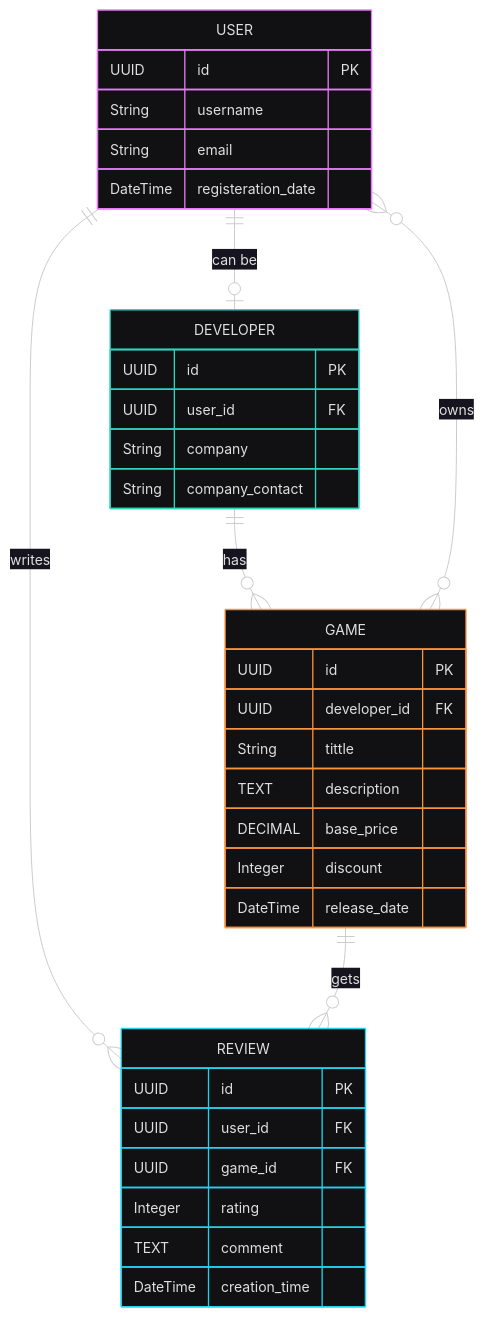
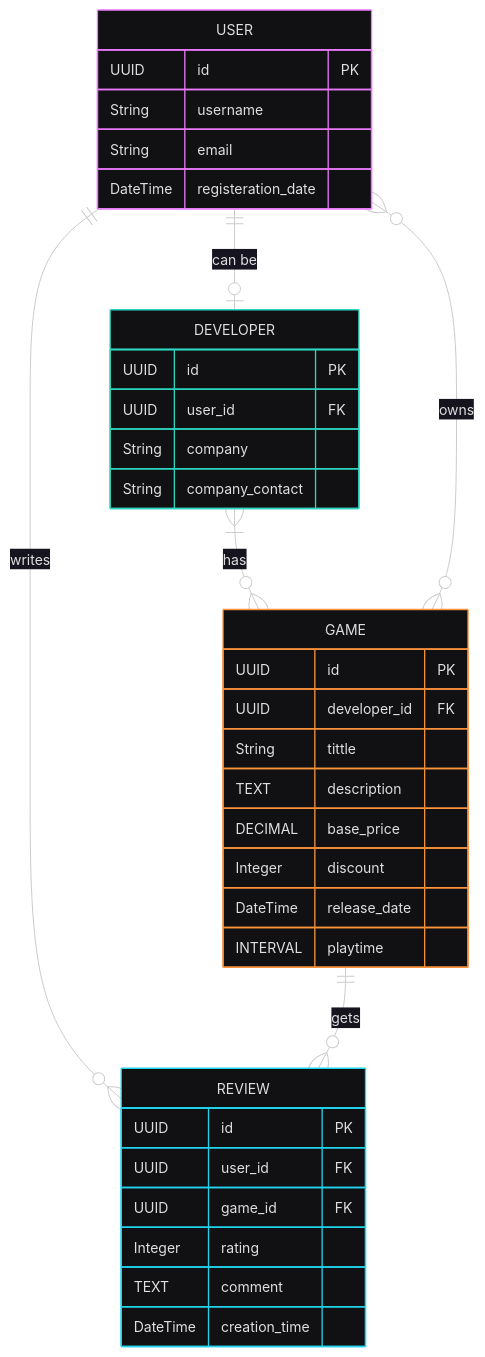
Before and after one commit to KotiasFeet/kpi_2026: the diagram in lab_1/diagram.mmd, drawn with Mermaid. The commit also changed 3 other files, not shown here.

```diff
--- a/lab_1/diagram.mmd
+++ b/lab_1/diagram.mmd
@@ -1,43 +1,44 @@
 ---
 config:
   theme: redux-dark-color
 ---
 erDiagram
-    USER ||--o| DEVELOPER : "can be"
-    DEVELOPER ||--o{ GAME : "has"
-    USER }o--o{ GAME : "owns"
-    USER ||--o{ REVIEW : "writes"
-    GAME ||--o{ REVIEW : "gets"
+    USER 			||--o| 	DEVELOPER : "can be"
+    DEVELOPER }|--o{ 	GAME 			: "has"
+    USER 			}o--o{ 	GAME 			: "owns"
+    USER 			||--o{ 	REVIEW 		: "writes"
+    GAME 			||--o{ 	REVIEW 		: "gets"
 
     USER {
         UUID id PK
         String username
         String email
         DateTime registeration_date
     }
 
     DEVELOPER {
         UUID id PK
 				UUID user_id FK
         String company
         String company_contact
     }
 
     GAME {
         UUID id PK
 				UUID developer_id FK
         String tittle
         TEXT description
         DECIMAL base_price
         Integer discount
         DateTime release_date
+				INTERVAL playtime
     }
 
     REVIEW {
         UUID id PK
 				UUID user_id FK
 				UUID game_id FK
         Integer rating
         TEXT comment
         DateTime creation_time
     }
```
